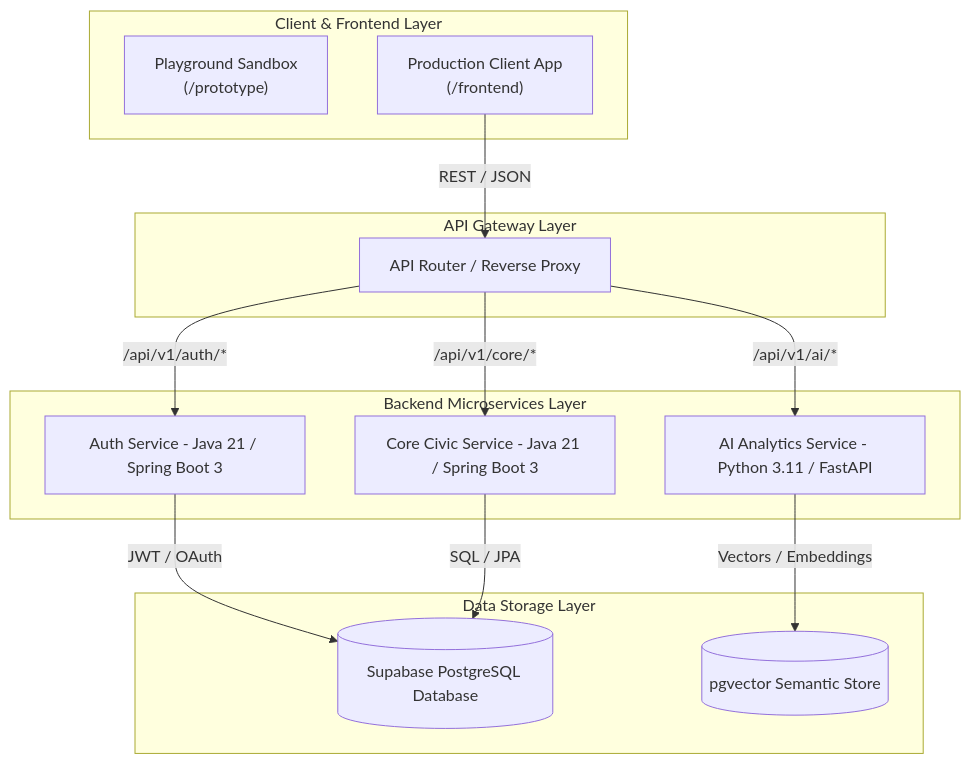
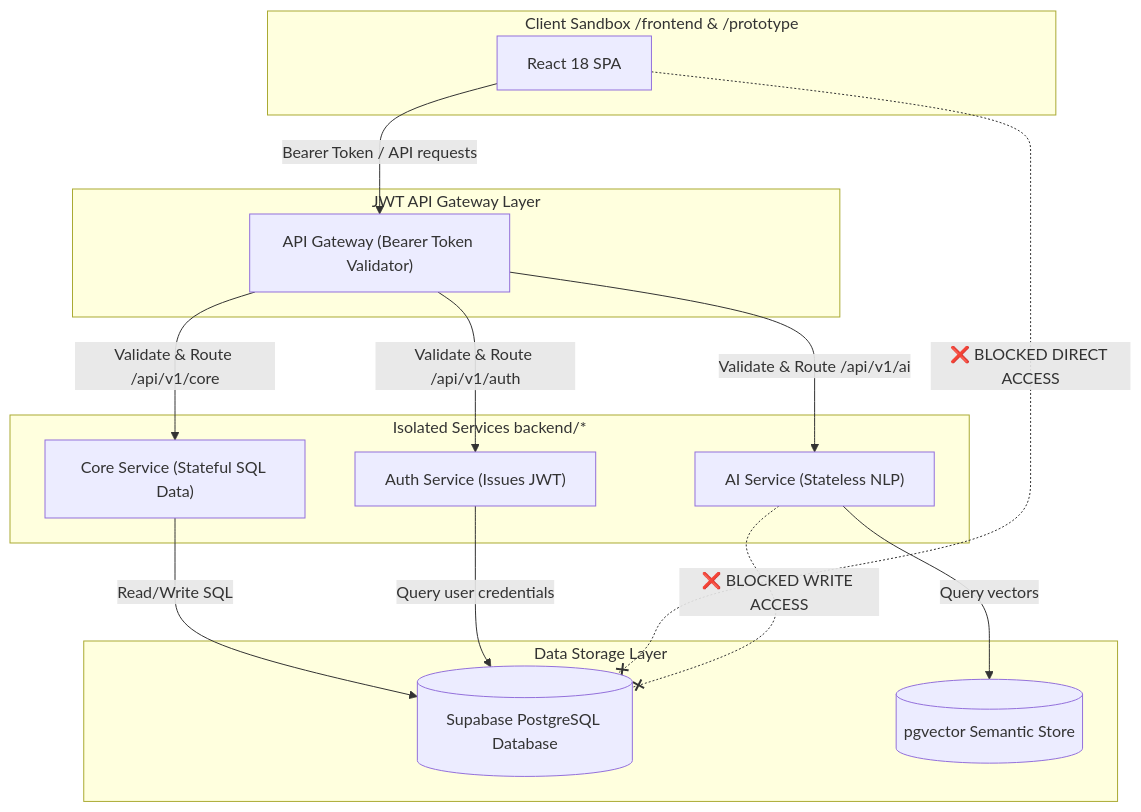
One commit to alokgupta02/DJP-v1 changed the first of 2 diagrams in docs/architecture/system-boundaries.md. Above: the diagram before and after it, drawn with Mermaid. The commit also changed other lines of this file, not shown here.

Commit message:
docs: Replace ASCII agent feedback loop with Mermaid diagram in system boundaries spec

````diff
--- a/docs/architecture/system-boundaries.md
+++ b/docs/architecture/system-boundaries.md
@@ -9,30 +9,36 @@
 ```mermaid
 graph TD
-    subgraph Client [Client & Frontend Layer]
-        FE_PROT["Playground Sandbox<br>(/prototype)"]
-        FE_PROD["Production Client App<br>(/frontend)"]
+    subgraph Client [Client Sandbox /frontend & /prototype]
+        FE["React 18 SPA"]
     end
 
-    subgraph Gateway [API Gateway Layer]
-        GW[API Router / Reverse Proxy]
+    subgraph Security [JWT API Gateway Layer]
+        GW["API Gateway (Bearer Token Validator)"]
     end
 
-    subgraph Microservices [Backend Microservices Layer]
-        AUTH[Auth Service - Java 21 / Spring Boot 3]
-        CORE[Core Civic Service - Java 21 / Spring Boot 3]
-        AI[AI Analytics Service - Python 3.11 / FastAPI]
+    subgraph Microservices [Isolated Services backend/*]
+        AUTH["Auth Service (Issues JWT)"]
+        CORE["Core Service (Stateful SQL Data)"]
+        AI["AI Service (Stateless NLP)"]
     end
 
     subgraph Storage [Data Storage Layer]
-        PG[(Supabase PostgreSQL Database)]
-        VEC[(pgvector Semantic Store)]
+        DB[("Supabase PostgreSQL Database")]
+        VEC[("pgvector Semantic Store")]
     end
 
-    FE_PROD -->|REST / JSON| GW
-    GW -->|"/api/v1/auth/*"| AUTH
-    GW -->|"/api/v1/core/*"| CORE
-    GW -->|"/api/v1/ai/*"| AI
-    AUTH -->|JWT / OAuth| PG
-    CORE -->|SQL / JPA| PG
-    AI -->|Vectors / Embeddings| VEC
+    %% Network flows
+    FE -->|Bearer Token / API requests| GW
+    GW -->|Validate & Route /api/v1/auth| AUTH
+    GW -->|Validate & Route /api/v1/core| CORE
+    GW -->|Validate & Route /api/v1/ai| AI
+    
+    %% Storage access
+    CORE -->|Read/Write SQL| DB
+    AUTH -->|Query user credentials| DB
+    AI -->|Query vectors| VEC
+    
+    %% Strict boundaries & blockages
+    FE -.-x|❌ BLOCKED DIRECT ACCESS| DB
+    AI -.-x|❌ BLOCKED WRITE ACCESS| DB
 ```
````
